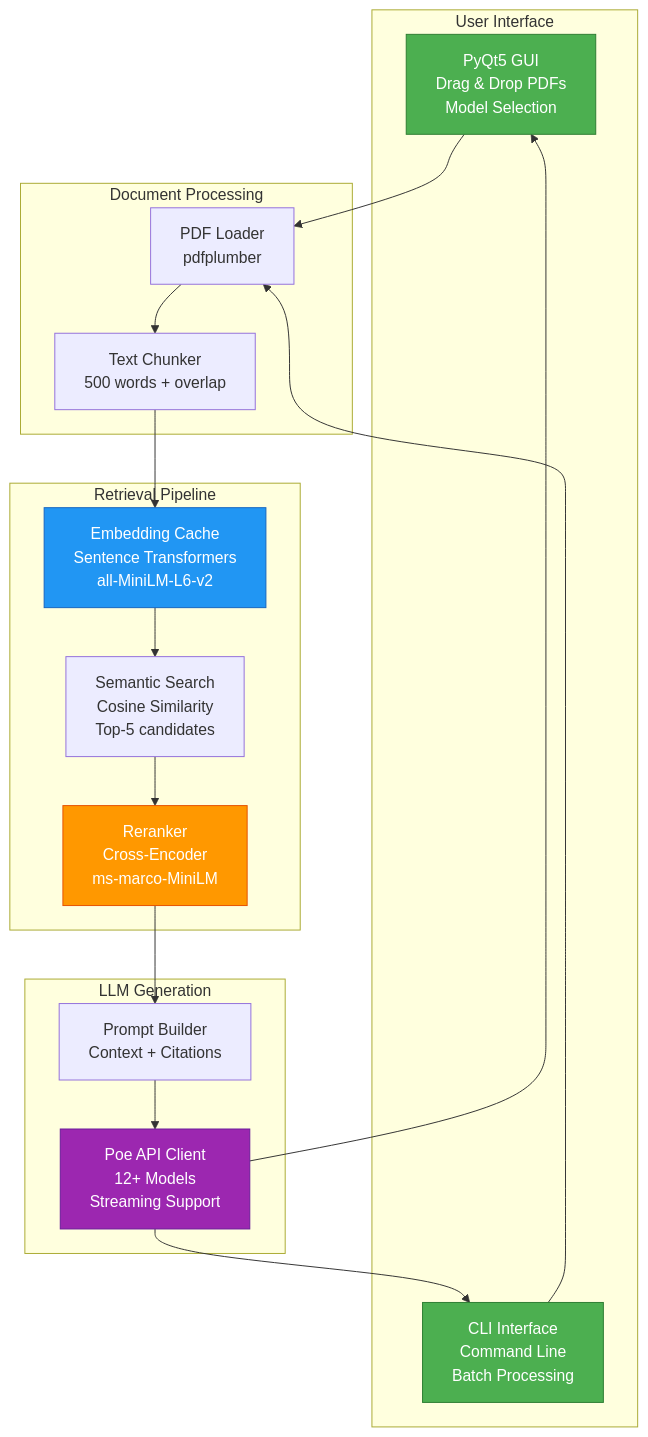
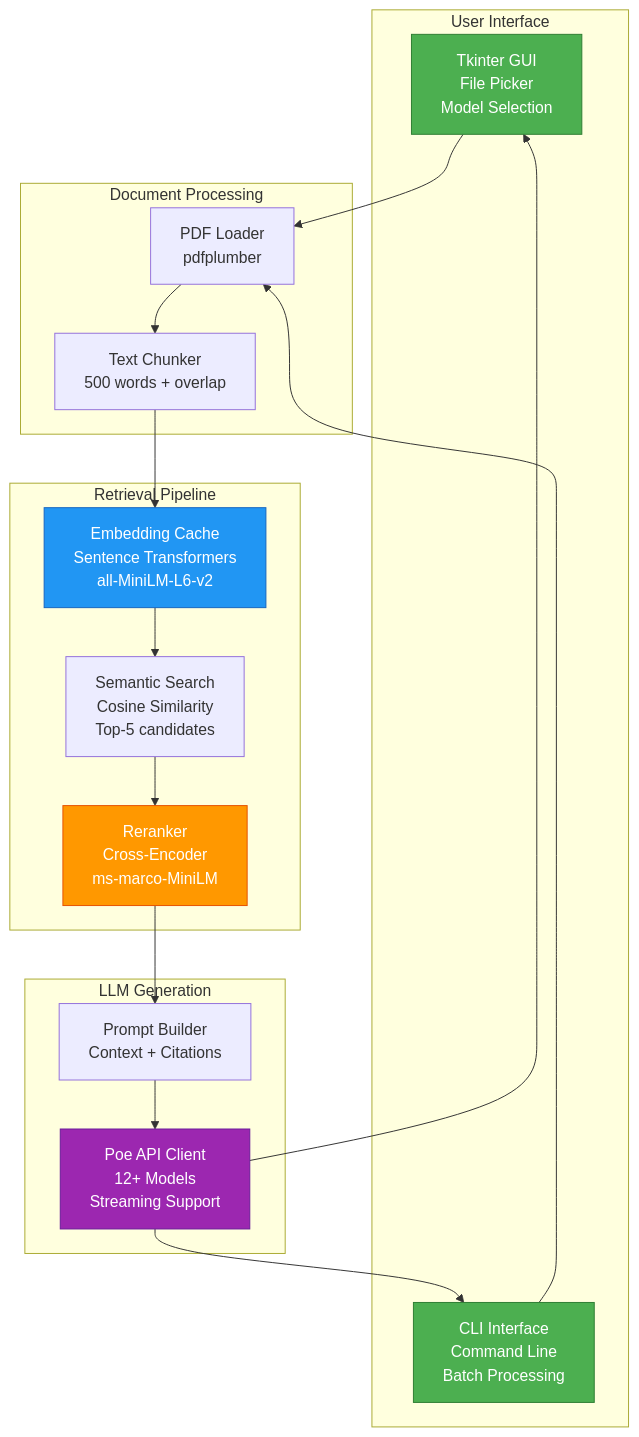
One commit to wedsamuel1230/feeding-llm-pdf-test changed the first of 2 diagrams in README.md. Above: the diagram before and after it, drawn with Mermaid. The commit also changed other lines of this file and 12 other files, not shown here.

````diff
--- a/README.md
+++ b/README.md
@@ -36,41 +36,41 @@
 ```mermaid
 flowchart TB
     subgraph "User Interface"
-        GUI["PyQt5 GUI<br/>Drag & Drop PDFs<br/>Model Selection"]
+        GUI["Tkinter GUI<br/>File Picker<br/>Model Selection"]
         CLI["CLI Interface<br/>Command Line<br/>Batch Processing"]
     end
     
     subgraph "Document Processing"
         PDF["PDF Loader<br/>pdfplumber"]
         CHUNK["Text Chunker<br/>500 words + overlap"]
         PDF --> CHUNK
     end
     
     subgraph "Retrieval Pipeline"
         EMB["Embedding Cache<br/>Sentence Transformers<br/>all-MiniLM-L6-v2"]
         SEARCH["Semantic Search<br/>Cosine Similarity<br/>Top-5 candidates"]
         RERANK["Reranker<br/>Cross-Encoder<br/>ms-marco-MiniLM"]
         
         SEARCH --> RERANK
     end
     
     subgraph "LLM Generation"
         POE["Poe API Client<br/>12+ Models<br/>Streaming Support"]
         PROMPT["Prompt Builder<br/>Context + Citations"]
         
         PROMPT --> POE
     end
     
     GUI & CLI --> PDF
     CHUNK --> EMB
     EMB --> SEARCH
     RERANK --> PROMPT
     POE --> GUI
     POE --> CLI
     
     style GUI fill:#4CAF50,stroke:#2E7D32,color:#fff
     style CLI fill:#4CAF50,stroke:#2E7D32,color:#fff
     style EMB fill:#2196F3,stroke:#1565C0,color:#fff
     style RERANK fill:#FF9800,stroke:#E65100,color:#fff
     style POE fill:#9C27B0,stroke:#6A1B9A,color:#fff
 ```
````
